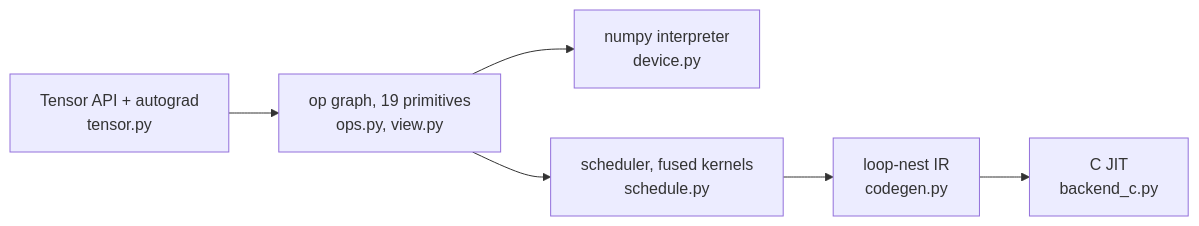
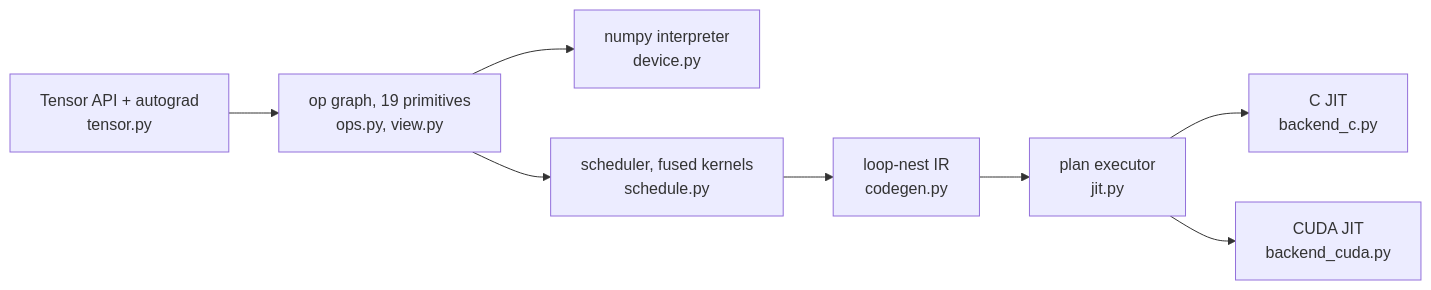
The diagram in README.md (jiffies64/limn), drawn with Mermaid before and after one commit. The commit also changed other lines of this file, not shown here.

Commit message:
docs: document the cuda device

````diff
--- a/README.md
+++ b/README.md
@@ -45,8 +47,10 @@
 ```mermaid
 flowchart LR
     T["Tensor API + autograd<br>tensor.py"] --> G["op graph, 19 primitives<br>ops.py, view.py"]
     G --> N["numpy interpreter<br>device.py"]
     G --> S["scheduler, fused kernels<br>schedule.py"]
     S --> I["loop-nest IR<br>codegen.py"]
-    I --> C["C JIT<br>backend_c.py"]
+    I --> J["plan executor<br>jit.py"]
+    J --> C["C JIT<br>backend_c.py"]
+    J --> U["CUDA JIT<br>backend_cuda.py"]
 ```
````
